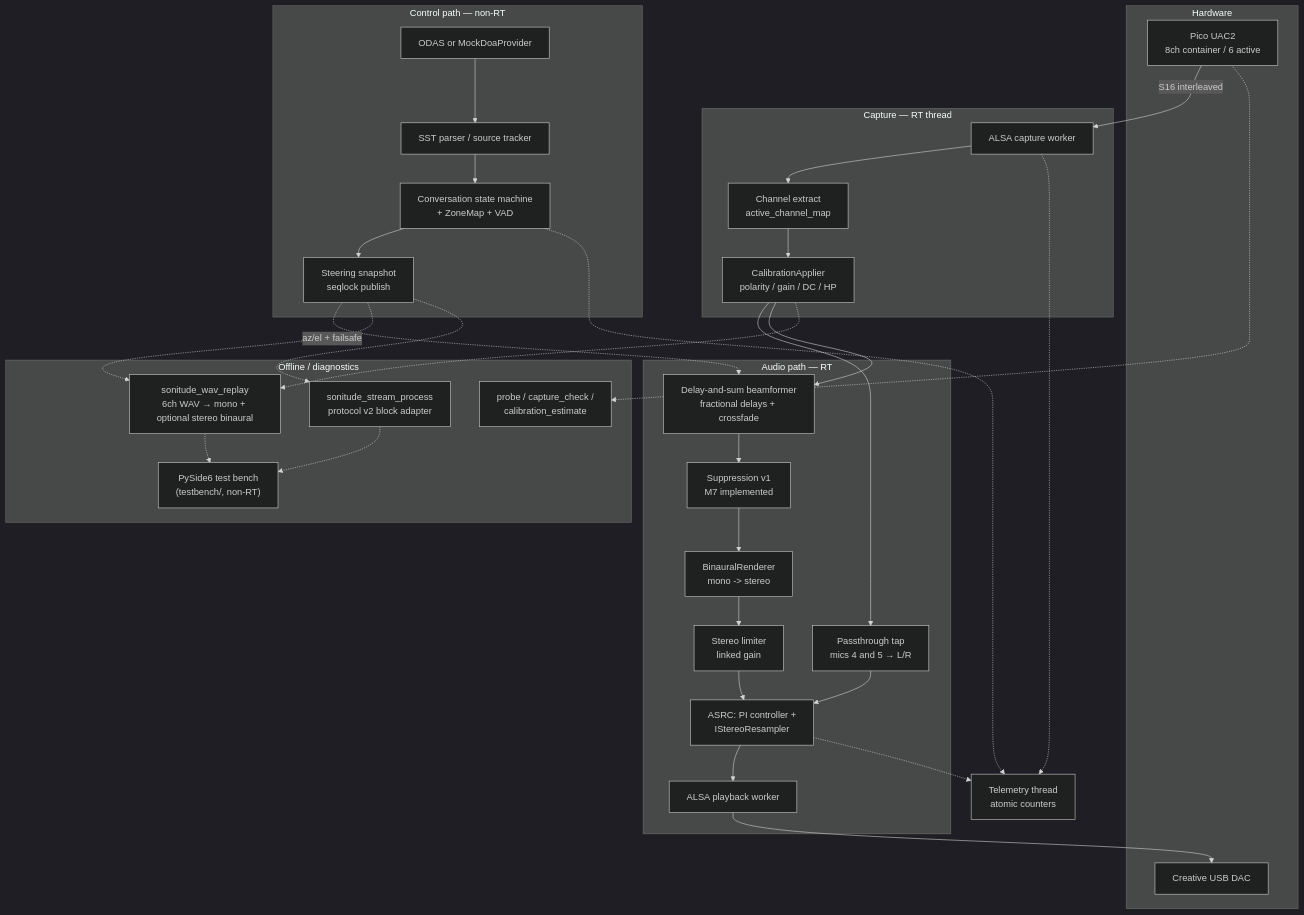
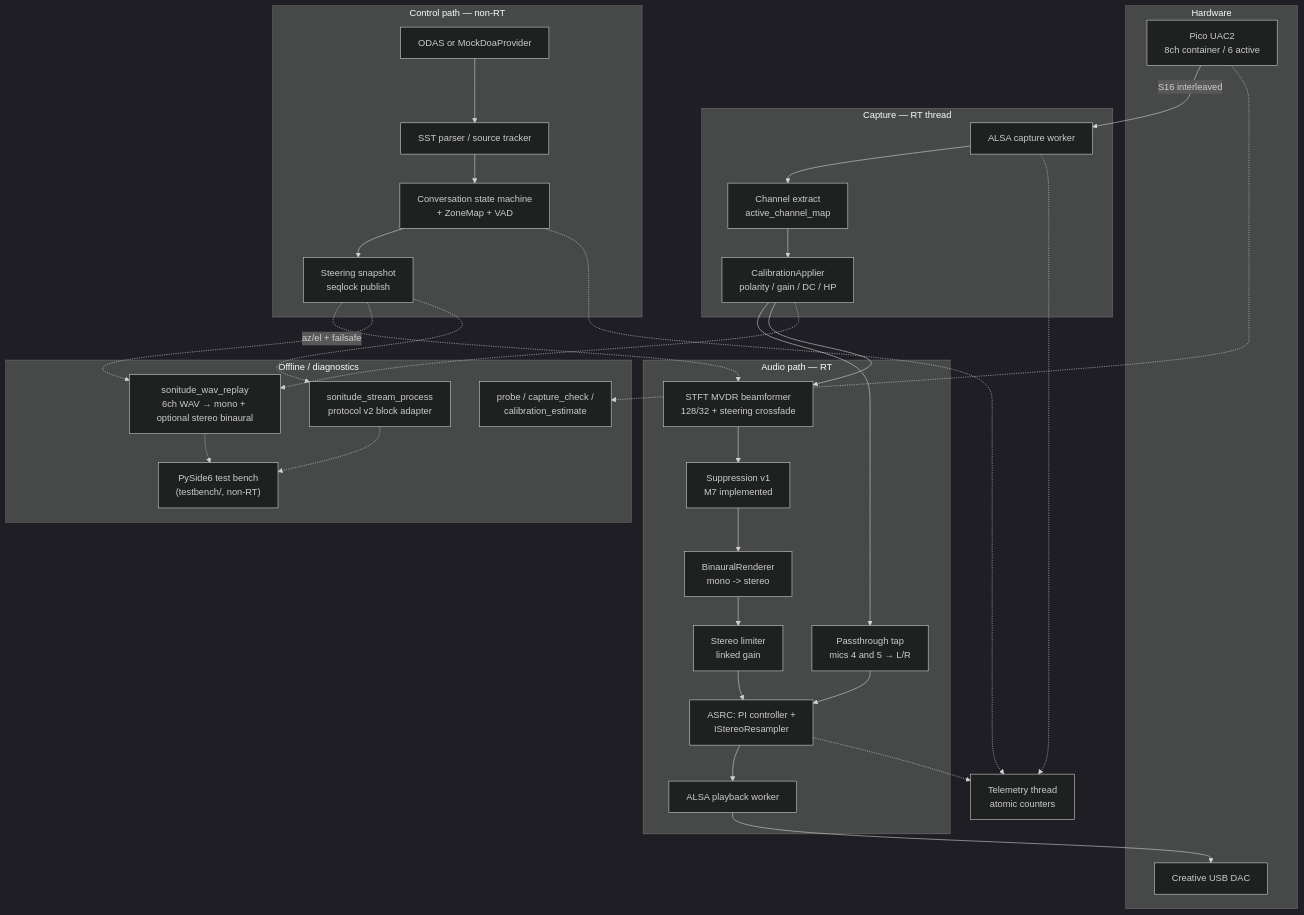
Before and after one commit to derraan/Sonitude: the diagram in README.md, drawn with Mermaid (dark theme). The commit also changed other lines of this file and 20 other files, not shown here.

First line of the commit message:
Replace delay-and-sum with STFT-domain MVDR and wire guard-look contrast.

````diff
--- a/README.md
+++ b/README.md
@@ -9,61 +9,61 @@
 ```mermaid
 flowchart TB
     subgraph hw [Hardware]
         Pico["Pico UAC2\n8ch container / 6 active"]
         DAC["Creative USB DAC"]
     end
 
     subgraph capture [Capture — RT thread]
         AlsaCap["ALSA capture worker"]
         Extract["Channel extract\nactive_channel_map"]
         Cal["CalibrationApplier\npolarity / gain / DC / HP"]
     end
 
     subgraph audio [Audio path — RT]
         Passthrough["Passthrough tap\nmics 4 and 5 → L/R"]
-        BF["Delay-and-sum beamformer\nfractional delays + crossfade"]
+        BF["STFT MVDR beamformer\n128/32 + steering crossfade"]
         Suppress["Suppression v1\nM7 implemented"]
         Binaural["BinauralRenderer\nmono -> stereo"]
         Limiter["Stereo limiter\nlinked gain"]
         Asrc["ASRC: PI controller +\nIStereoResampler"]
         AlsaPb["ALSA playback worker"]
     end
 
     subgraph control [Control path — non-RT]
         Odas["ODAS or MockDoaProvider"]
         Parser["SST parser / source tracker"]
         SM["Conversation state machine\n+ ZoneMap + VAD"]
         Snap["Steering snapshot\nseqlock publish"]
     end
 
     subgraph offline [Offline / diagnostics]
         WavReplay["sonitude_wav_replay\n6ch WAV → mono + optional stereo binaural"]
         StreamProc["sonitude_stream_process\nprotocol v2 block adapter"]
         Tools["probe / capture_check /\ncalibration_estimate"]
         TestBench["PySide6 test bench\n(testbench/, non-RT)"]
     end
 
     Telem["Telemetry thread\natomic counters"]
 
     Pico -->|"S16 interleaved"| AlsaCap
     AlsaCap --> Extract --> Cal
     Cal --> Passthrough
     Cal --> BF
     Snap -.->|"az/el + failsafe"| BF
     BF --> Suppress --> Binaural --> Limiter --> Asrc --> AlsaPb --> DAC
     Passthrough --> Asrc
 
     Odas --> Parser --> SM --> Snap
 
     Cal -.-> WavReplay
     Snap -.-> WavReplay
     Snap -.-> StreamProc
     WavReplay -.-> TestBench
     StreamProc -.-> TestBench
 
     AlsaCap -.-> Telem
     Asrc -.-> Telem
     SM -.-> Telem
 
     Pico -.-> Tools
 ```
````
